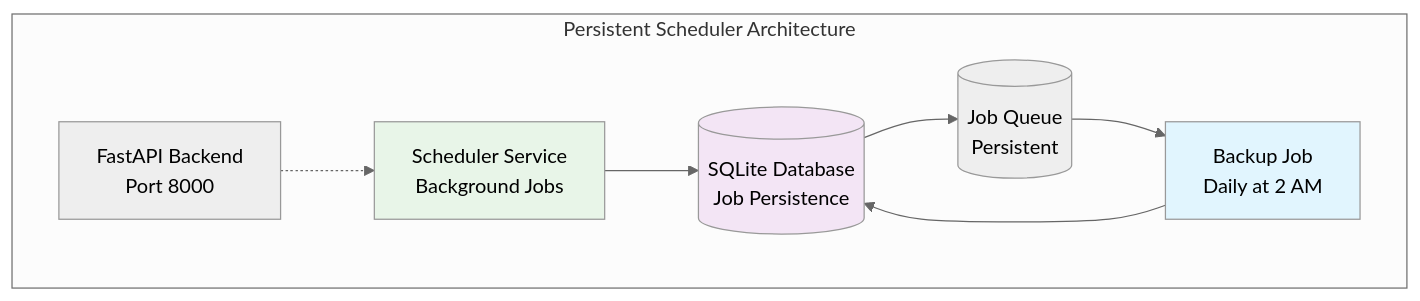
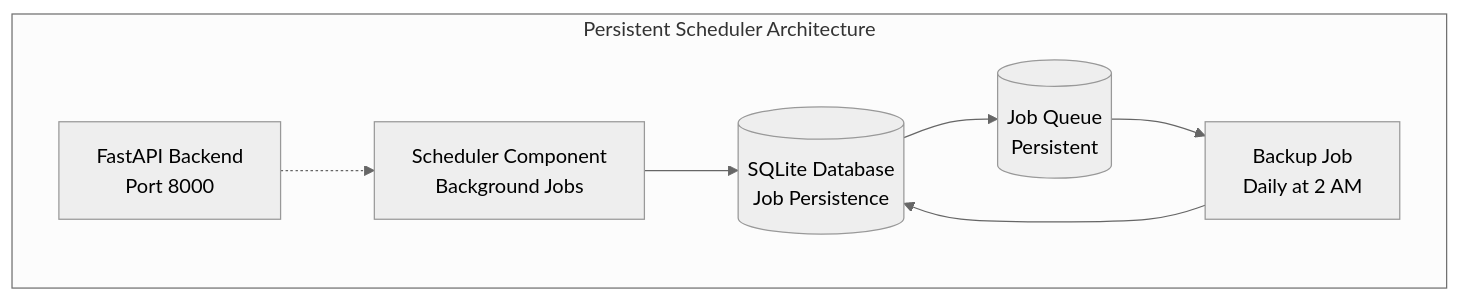
The diagram in docs/components/scheduler/extras/persistence.md (bhardwajRahul/aegis-stack), drawn with Mermaid (neutral theme) before and after one commit. The commit also changed 26 other files, not shown here.

````diff
--- a/docs/components/scheduler/extras/persistence.md
+++ b/docs/components/scheduler/extras/persistence.md
@@ -34,20 +34,17 @@
 ```mermaid
 graph TB
     subgraph "Persistent Scheduler Architecture"
-        API[FastAPI Backend<br/>Port 8000]
-        Scheduler[Scheduler Service<br/>Background Jobs]
-        Database[(SQLite Database<br/>Job Persistence)]
-        Jobs[(Job Queue<br/>Persistent)]
-        Backup[Backup Job<br/>Daily at 2 AM]
+        API["FastAPI Backend<br/>Port 8000"]
+        Scheduler["Scheduler Component<br/>Background Jobs"]
+        Database[("SQLite Database<br/>Job Persistence")]
+        Jobs[("Job Queue<br/>Persistent")]
+        Backup["Backup Job<br/>Daily at 2 AM"]
     end
     
     API -.-> Scheduler
     Scheduler --> Database
     Database --> Jobs
     Jobs --> Backup
     Backup --> Database
     
-    style Scheduler fill:#e8f5e8
-    style Database fill:#f3e5f5
-    style Backup fill:#e1f5fe
 ```
````
